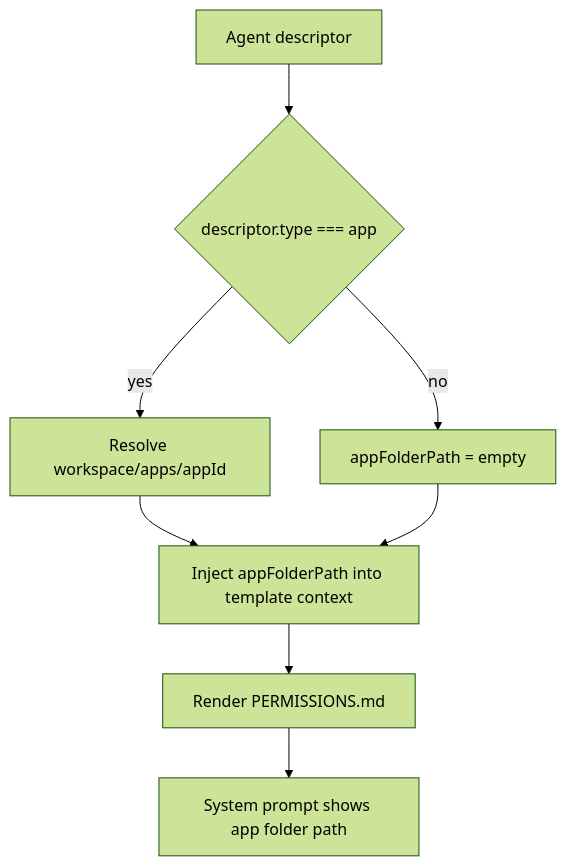
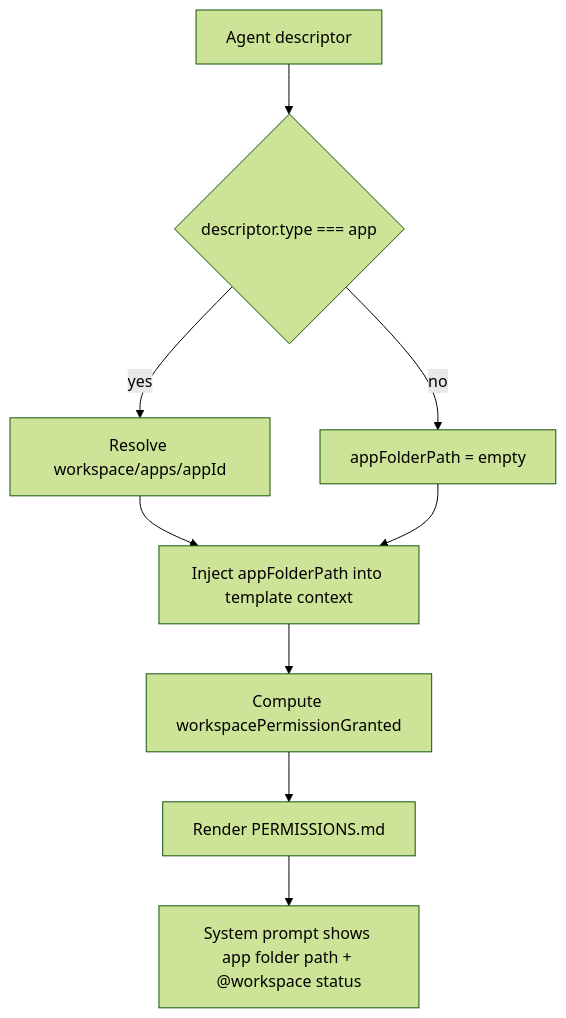
Before and after one commit to ex3ndr/daycare: the diagram in doc/internals/app-folder-prompt-path.md, drawn with Mermaid (forest theme). The commit also changed other lines of this file and 6 other files, not shown here.

Commit message:
feat(prompts): show app workspace grant status

````diff
--- a/doc/internals/app-folder-prompt-path.md
+++ b/doc/internals/app-folder-prompt-path.md
@@ -13,10 +15,11 @@
 ```mermaid
 flowchart TD
   A[Agent descriptor] --> B{descriptor.type === app}
   B -- no --> C[appFolderPath = empty]
   B -- yes --> D[Resolve workspace/apps/appId]
   D --> E[Inject appFolderPath into template context]
+  E --> E2[Compute workspacePermissionGranted]
   C --> E
-  E --> F[Render PERMISSIONS.md]
-  F --> G[System prompt shows app folder path]
+  E2 --> F[Render PERMISSIONS.md]
+  F --> G[System prompt shows app folder path + @workspace status]
 ```
````
